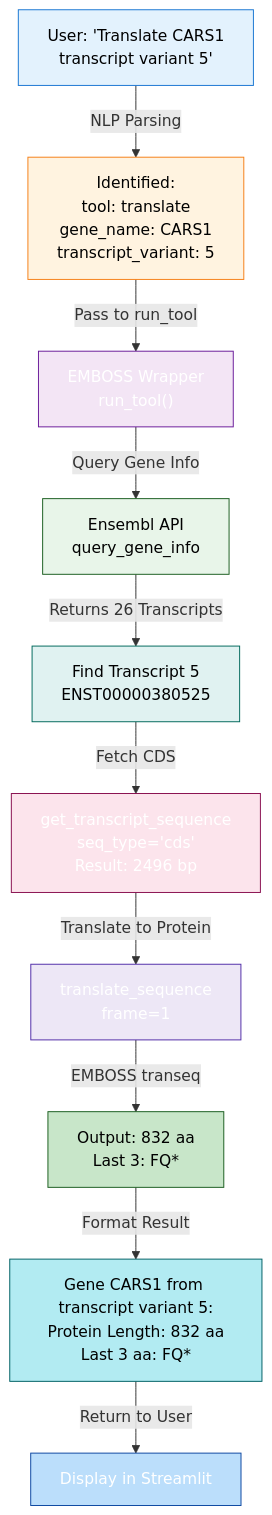
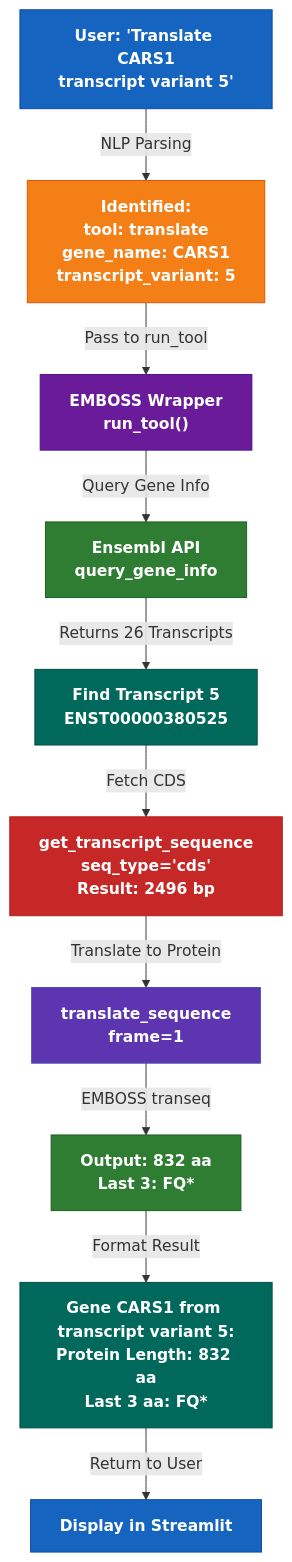
The third of 9 diagrams in ARCHITECTURE.md (caagendaz/BME110-final), drawn with Mermaid before and after one commit. The commit also changed other lines of this file, not shown here.

First line of the commit message:
Improve diagram readability - use deeper colors for all boxes

````diff
--- a/ARCHITECTURE.md
+++ b/ARCHITECTURE.md
@@ -91,31 +91,31 @@
 ```mermaid
 graph TD
     A["User: 'Translate CARS1<br/>transcript variant 5'"] 
     
     A -->|NLP Parsing| B["Identified:<br/>tool: translate<br/>gene_name: CARS1<br/>transcript_variant: 5"]
     
     B -->|Pass to run_tool| C["EMBOSS Wrapper<br/>run_tool()"]
     
     C -->|Query Gene Info| D["Ensembl API<br/>query_gene_info"]
     D -->|Returns 26 Transcripts| E["Find Transcript 5<br/>ENST00000380525"]
     
     E -->|Fetch CDS| F["get_transcript_sequence<br/>seq_type='cds'<br/>Result: 2496 bp"]
     
     F -->|Translate to Protein| G["translate_sequence<br/>frame=1"]
     G -->|EMBOSS transeq| H["Output: 832 aa<br/>Last 3: FQ*"]
     
     H -->|Format Result| I["Gene CARS1 from transcript variant 5:<br/>Protein Length: 832 aa<br/>Last 3 aa: FQ*"]
     
     I -->|Return to User| J["Display in Streamlit"]
     
-    style A fill:#e3f2fd,stroke:#1976d2,color:#000000
-    style B fill:#fff3e0,stroke:#f57f17,color:#000000
-    style C fill:#f3e5f5,stroke:#6a1b9a,color:#ffffff
-    style D fill:#e8f5e9,stroke:#1b5e20,color:#000000
-    style E fill:#e0f2f1,stroke:#00695c,color:#000000
-    style F fill:#fce4ec,stroke:#880e4f,color:#ffffff
-    style G fill:#ede7f6,stroke:#512da8,color:#ffffff
-    style H fill:#c8e6c9,stroke:#1b5e20,color:#000000
-    style I fill:#b2ebf2,stroke:#006064,color:#000000
-    style J fill:#bbdefb,stroke:#0d47a1,color:#ffffff
+    style A fill:#1565c0,stroke:#0d47a1,color:#ffffff,font-weight:bold
+    style B fill:#f57f17,stroke:#e65100,color:#ffffff,font-weight:bold
+    style C fill:#6a1b9a,stroke:#4a148c,color:#ffffff,font-weight:bold
+    style D fill:#2e7d32,stroke:#1b5e20,color:#ffffff,font-weight:bold
+    style E fill:#00695c,stroke:#004d40,color:#ffffff,font-weight:bold
+    style F fill:#c62828,stroke:#b71c1c,color:#ffffff,font-weight:bold
+    style G fill:#5e35b1,stroke:#3f51b5,color:#ffffff,font-weight:bold
+    style H fill:#2e7d32,stroke:#1b5e20,color:#ffffff,font-weight:bold
+    style I fill:#00695c,stroke:#004d40,color:#ffffff,font-weight:bold
+    style J fill:#1565c0,stroke:#0d47a1,color:#ffffff,font-weight:bold
 ```
````
